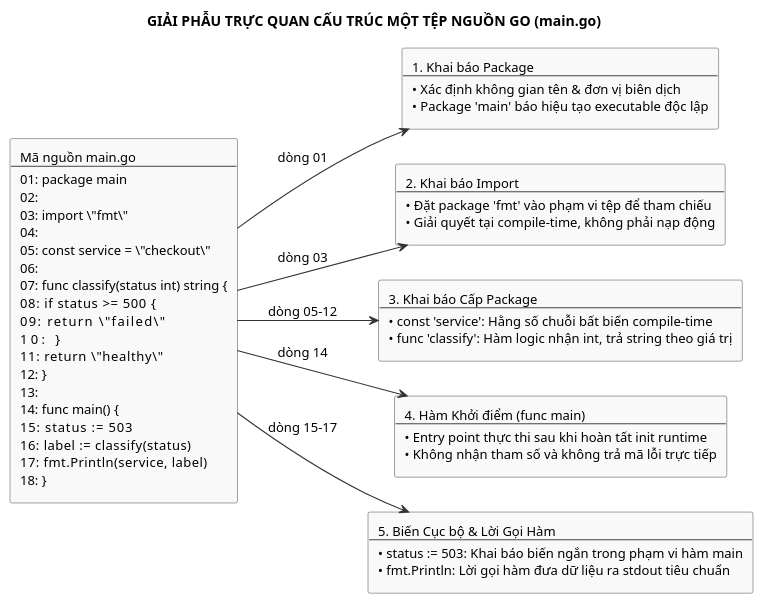
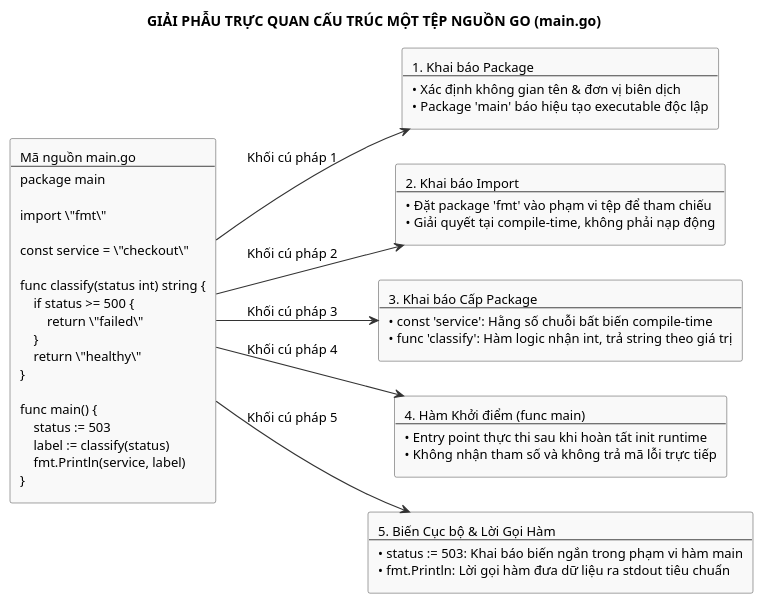
The diagram in assets/diagrams/go-source-anatomy.puml (Minhlike/Golang), drawn with PlantUML before and after one commit. The commit also changed 11 other files, not shown here.

```diff
--- a/assets/diagrams/go-source-anatomy.puml
+++ b/assets/diagrams/go-source-anatomy.puml
@@ -1,39 +1,39 @@
 @startuml
 skinparam backgroundColor white
 skinparam shadowing false
 skinparam defaultFontName "Source Sans 3"
 skinparam defaultFontSize 13
 skinparam defaultFontColor #000000
 
 skinparam rectangle {
   BackgroundColor #F9F9F9
   BorderColor #444444
   FontColor #000000
   RoundCorner 4
 }
 
 skinparam arrowColor #333333
 skinparam ArrowThickness 1.1
 
 title GIẢI PHẪU TRỰC QUAN CẤU TRÚC MỘT TỆP NGUỒN GO (main.go)
 
 left to right direction
 
-rectangle "Mã nguồn main.go\n---\n01: package main\n02:\n03: import \"fmt\"\n04:\n05: const service = \"checkout\"\n06:\n07: func classify(status int) string {\n08:     if status >= 500 {\n09:         return \"failed\"\n10:     }\n11:     return \"healthy\"\n12: }\n13:\n14: func main() {\n15:     status := 503\n16:     label := classify(status)\n17:     fmt.Println(service, label)\n18: }" as code
+rectangle "Mã nguồn main.go\n---\npackage main\n\nimport \"fmt\"\n\nconst service = \"checkout\"\n\nfunc classify(status int) string {\n    if status >= 500 {\n        return \"failed\"\n    }\n    return \"healthy\"\n}\n\nfunc main() {\n    status := 503\n    label := classify(status)\n    fmt.Println(service, label)\n}" as code
 
 rectangle "1. Khai báo Package\n---\n• Xác định không gian tên & đơn vị biên dịch\n• Package 'main' báo hiệu tạo executable độc lập" as zone1
 
 rectangle "2. Khai báo Import\n---\n• Đặt package 'fmt' vào phạm vi tệp để tham chiếu\n• Giải quyết tại compile-time, không phải nạp động" as zone2
 
 rectangle "3. Khai báo Cấp Package\n---\n• const 'service': Hằng số chuỗi bất biến compile-time\n• func 'classify': Hàm logic nhận int, trả string theo giá trị" as zone3
 
 rectangle "4. Hàm Khởi điểm (func main)\n---\n• Entry point thực thi sau khi hoàn tất init runtime\n• Không nhận tham số và không trả mã lỗi trực tiếp" as zone4
 
 rectangle "5. Biến Cục bộ & Lời Gọi Hàm\n---\n• status := 503: Khai báo biến ngắn trong phạm vi hàm main\n• fmt.Println: Lời gọi hàm đưa dữ liệu ra stdout tiêu chuẩn" as zone5
 
-code --> zone1 : dòng 01
-code --> zone2 : dòng 03
-code --> zone3 : dòng 05-12
-code --> zone4 : dòng 14
-code --> zone5 : dòng 15-17
+code --> zone1 : Khối cú pháp 1
+code --> zone2 : Khối cú pháp 2
+code --> zone3 : Khối cú pháp 3
+code --> zone4 : Khối cú pháp 4
+code --> zone5 : Khối cú pháp 5
 @enduml
```
